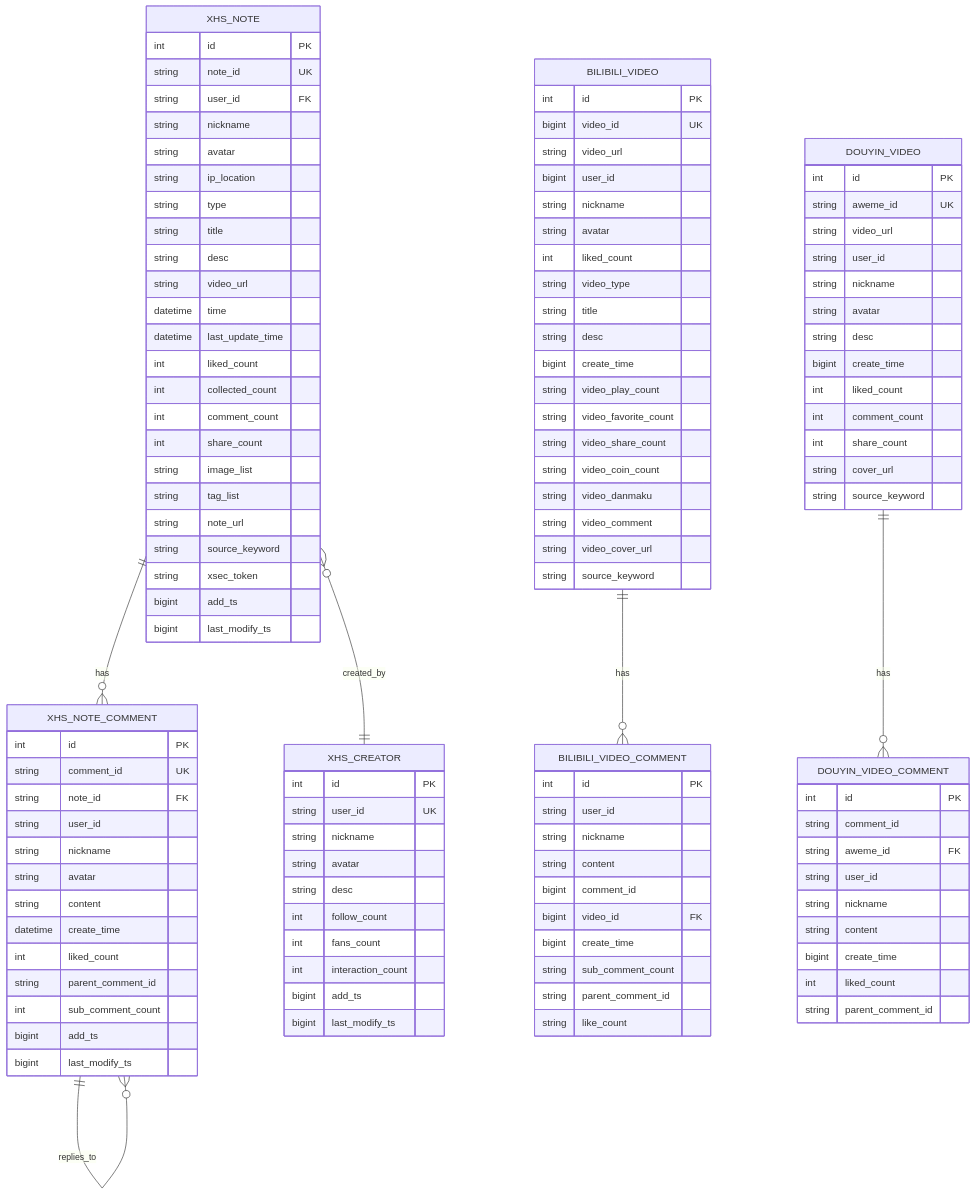
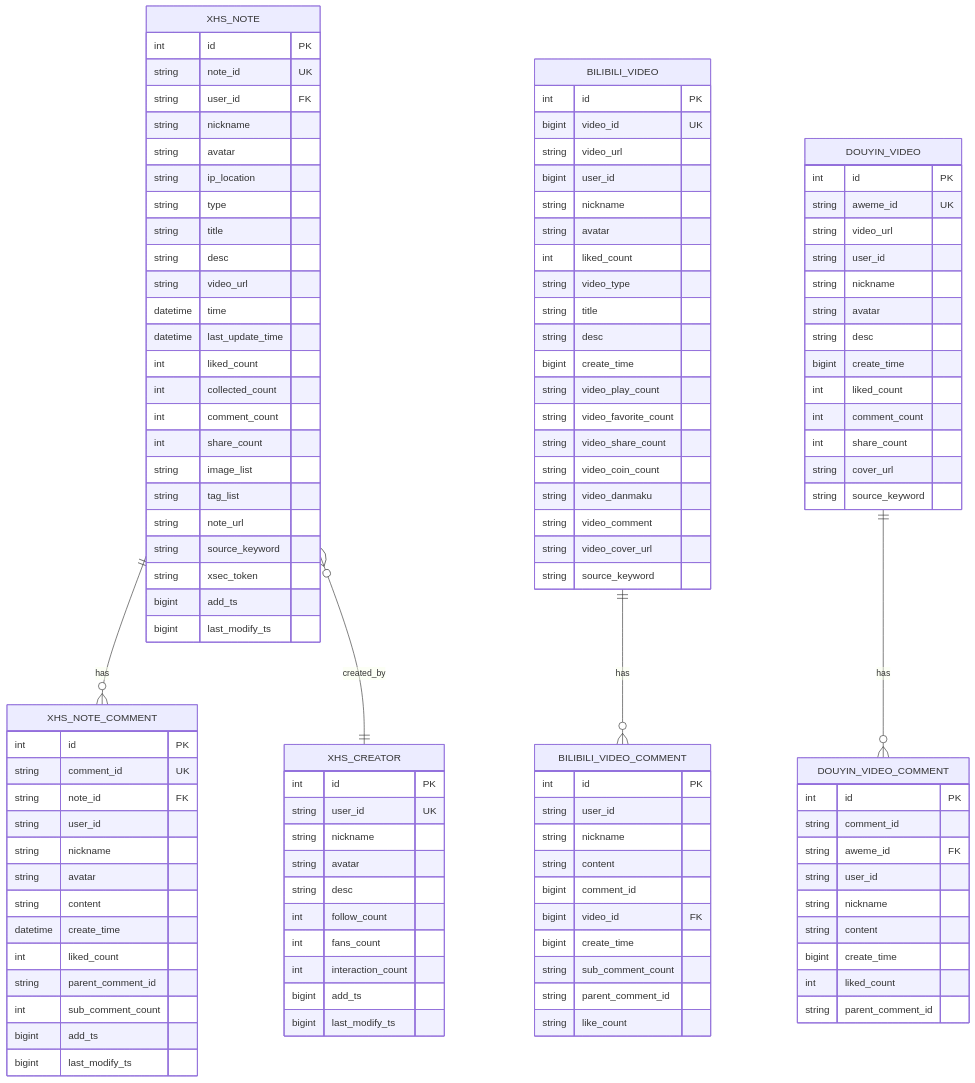
The fourth of 8 diagrams in software_chart_generator/references/03-data-flow-er-diagram.md (Mengxin1222/MediaCrawler), drawn with Mermaid before and after one commit.

Commit message:
feat: 快速分析源码

```diff
--- a/software_chart_generator/references/03-data-flow-er-diagram.md
+++ b/software_chart_generator/references/03-data-flow-er-diagram.md
@@ -257,7 +257,7 @@
 erDiagram
     XHS_NOTE ||--o{ XHS_NOTE_COMMENT : has
     XHS_NOTE }o--|| XHS_CREATOR : created_by
-    XHS_NOTE_COMMENT ||--o{ XHS_NOTE_COMMENT : replies_to
+    %% XHS_NOTE_COMMENT 通过 parent_comment_id 字段实现自引用回复关系
     BILIBILI_VIDEO ||--o{ BILIBILI_VIDEO_COMMENT : has
     DOUYIN_VIDEO ||--o{ DOUYIN_VIDEO_COMMENT : has
 
```
